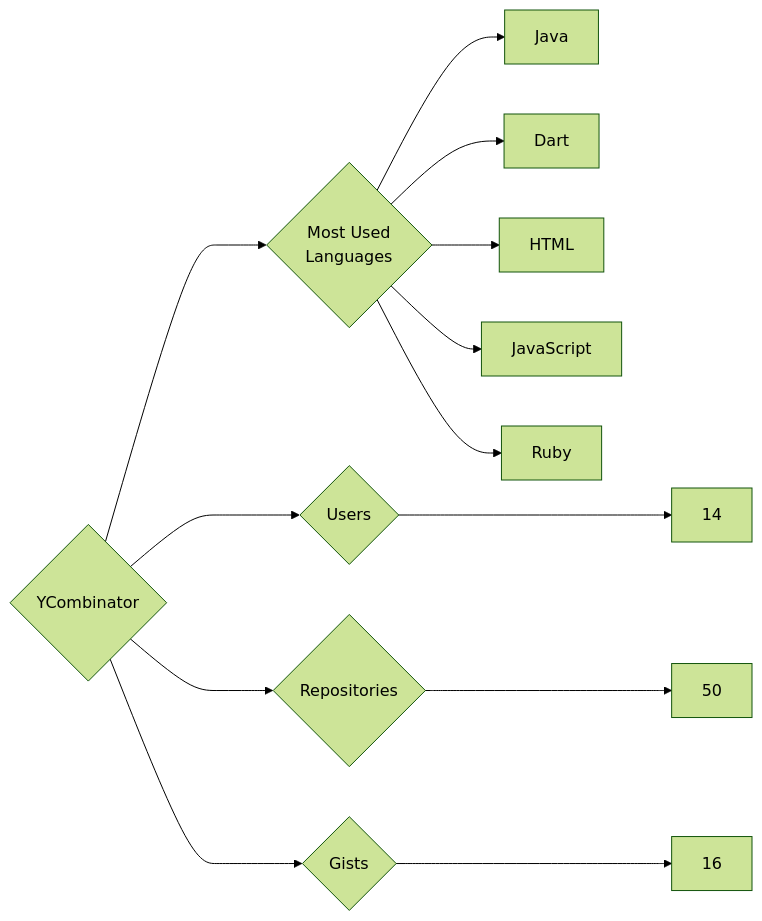
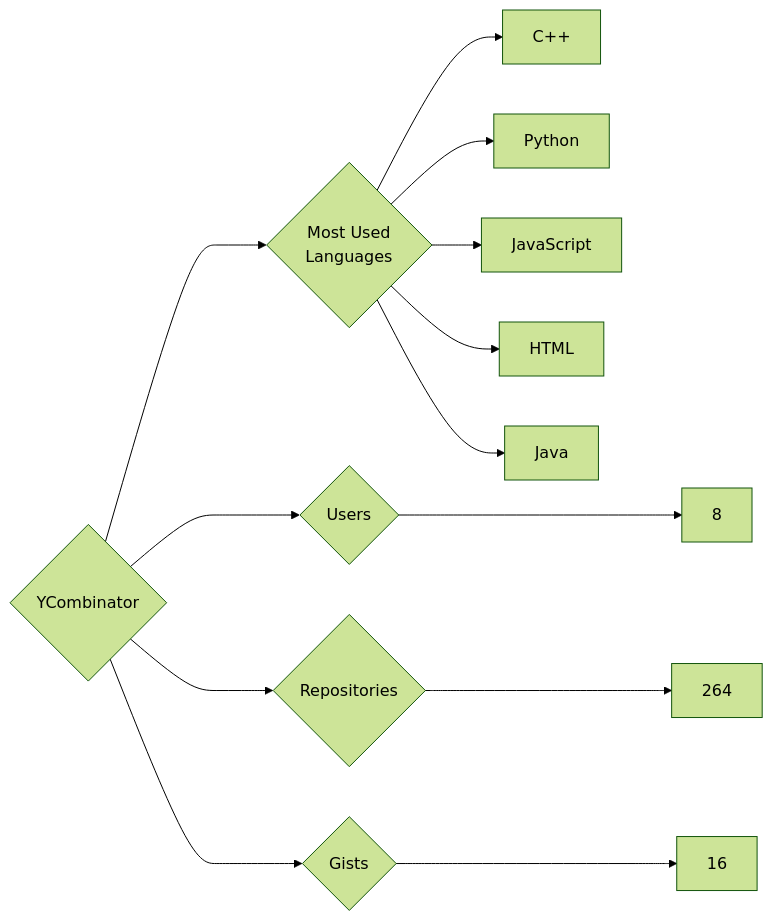
The diagram in targets/YCombinator/README.md (trickest/insiders), drawn with Mermaid (forest theme) before and after one commit. The commit also changed 1389 other files, not shown here.

````diff
--- a/targets/YCombinator/README.md
+++ b/targets/YCombinator/README.md
@@ -3,13 +3,13 @@
 ```mermaid
 graph LR
 COMPANY_NAME{YCombinator}
-COMPANY_NAME ---> U{Users} ---> UN[14]
-COMPANY_NAME ---> R{Repositories} ---> RN[50]
+COMPANY_NAME ---> U{Users} ---> UN[8]
+COMPANY_NAME ---> R{Repositories} ---> RN[264]
 COMPANY_NAME ---> G{Gists} ---> GN[16]
 COMPANY_NAME ---> ML{Most Used<br>Languages}
+ML --> C++[C++]
+ML --> Python[Python]
+ML --> JavaScript[JavaScript]
+ML --> HTML[HTML]
 ML --> Java[Java]
-ML --> Dart[Dart]
-ML --> HTML[HTML]
-ML --> JavaScript[JavaScript]
-ML --> Ruby[Ruby]
 ```
````
